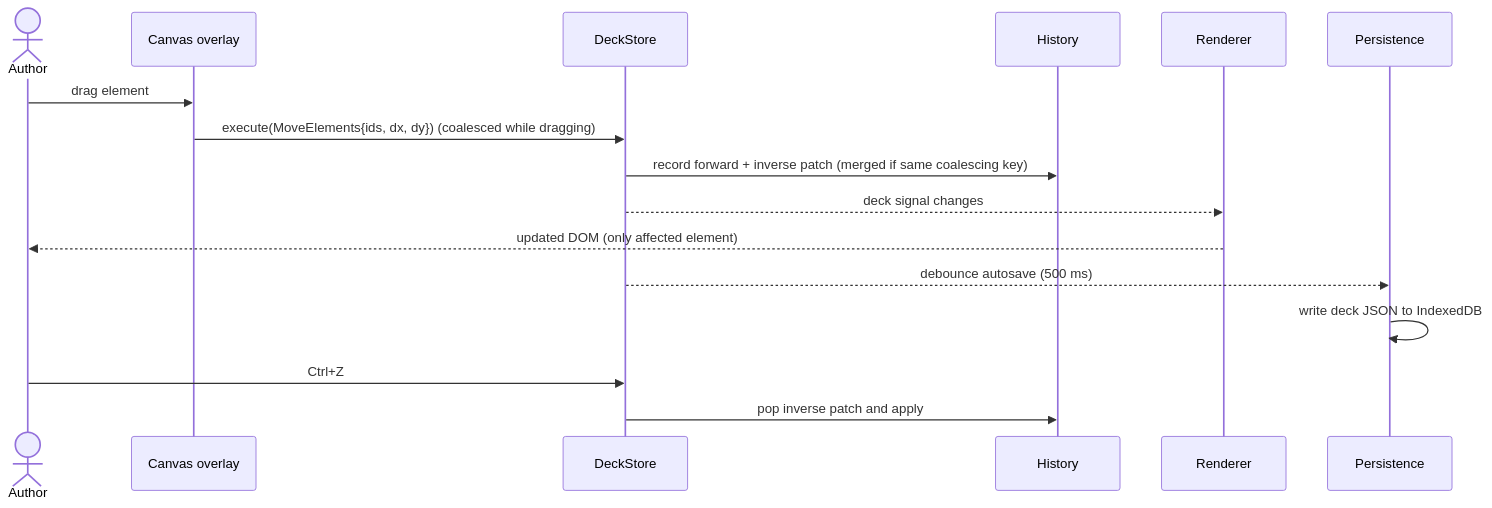
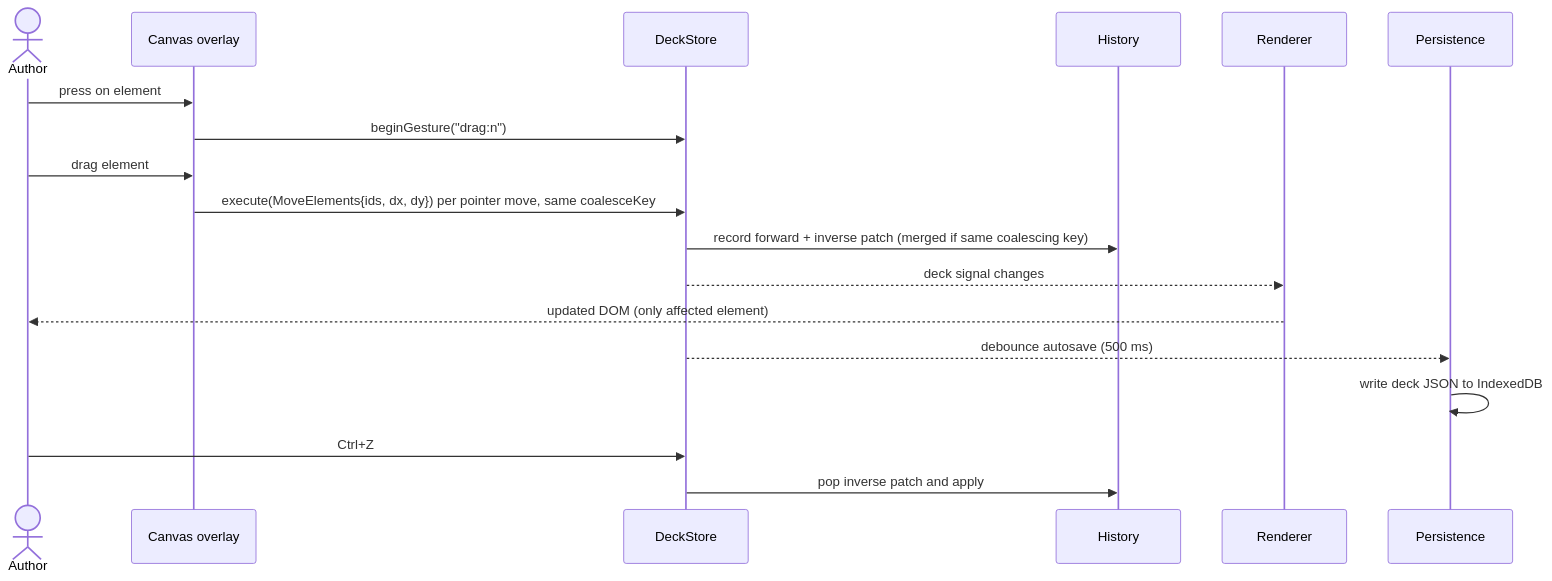
One commit to Gibb-y/decktech changed the first of 4 diagrams in docs/arc42/06-runtime-view.md. Above: the diagram before and after it, drawn with Mermaid. The commit also changed other lines of this file and 4 other files, not shown here.

````diff
--- a/docs/arc42/06-runtime-view.md
+++ b/docs/arc42/06-runtime-view.md
@@ -5,19 +5,21 @@
 ```mermaid
 sequenceDiagram
     actor U as Author
     participant C as Canvas overlay
     participant S as DeckStore
     participant H as History
     participant R as Renderer
     participant P as Persistence
 
+    U->>C: press on element
+    C->>S: beginGesture("drag:n")
     U->>C: drag element
-    C->>S: execute(MoveElements{ids, dx, dy}) (coalesced while dragging)
+    C->>S: execute(MoveElements{ids, dx, dy}) per pointer move, same coalesceKey
     S->>H: record forward + inverse patch (merged if same coalescing key)
     S-->>R: deck signal changes
     R-->>U: updated DOM (only affected element)
     S-->>P: debounce autosave (500 ms)
     P->>P: write deck JSON to IndexedDB
     U->>S: Ctrl+Z
     S->>H: pop inverse patch and apply
 ```
````
